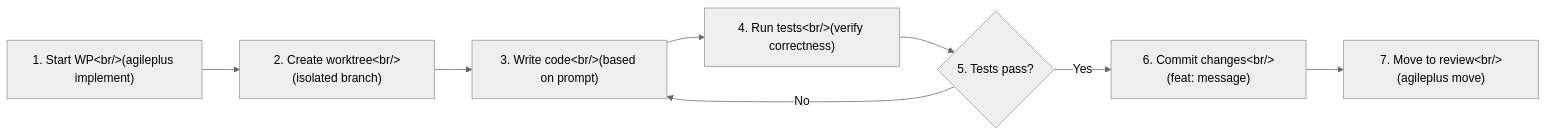
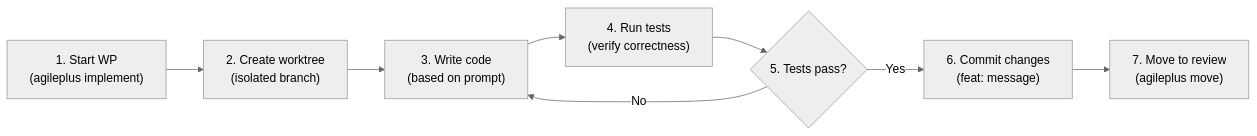
Before and after one commit to KooshaPari/HexaKit: the diagram in docs/workflow/implement.md, drawn with Mermaid (neutral theme). The commit also changed other lines of this file and 203 other files, not shown here.

````diff
--- a/docs/workflow/implement.md
+++ b/docs/workflow/implement.md
@@ -91,18 +91,18 @@
 ```mermaid
 graph LR
-    A["1. Start WP&lt;br/&gt;(agileplus implement)"]
-    B["2. Create worktree&lt;br/&gt;(isolated branch)"]
-    C["3. Write code&lt;br/&gt;(based on prompt)"]
-    D["4. Run tests&lt;br/&gt;(verify correctness)"]
+    A["1. Start WP<br/>(agileplus implement)"]
+    B["2. Create worktree<br/>(isolated branch)"]
+    C["3. Write code<br/>(based on prompt)"]
+    D["4. Run tests<br/>(verify correctness)"]
     E{"5. Tests pass?"}
-    F["6. Commit changes&lt;br/&gt;(feat: message)"]
-    G["7. Move to review&lt;br/&gt;(agileplus move)"]
+    F["6. Commit changes<br/>(feat: message)"]
+    G["7. Move to review<br/>(agileplus move)"]
 
     A --> B
     B --> C
     C --> D
     D --> E
     E -->|No| C
     E -->|Yes| F
     F --> G
 ```
````
